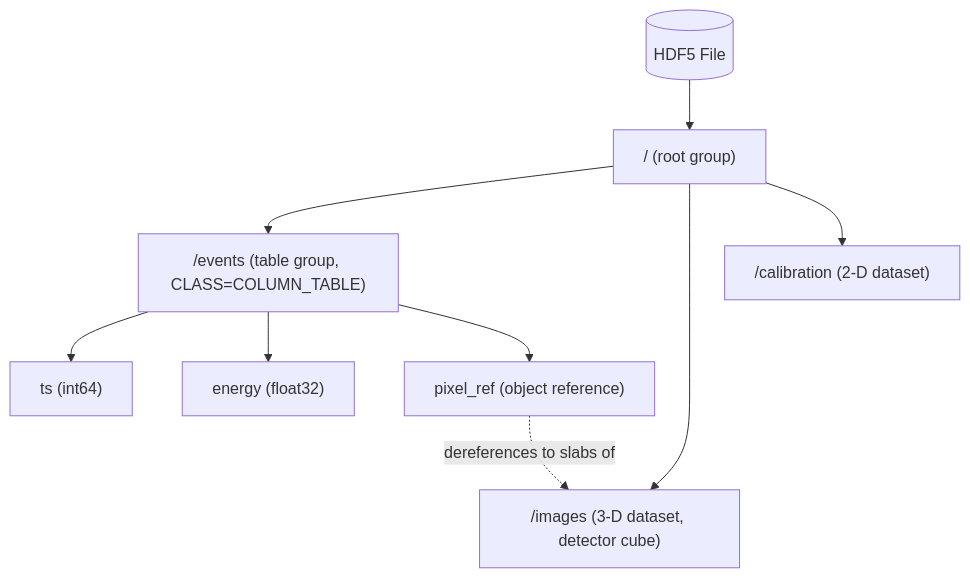
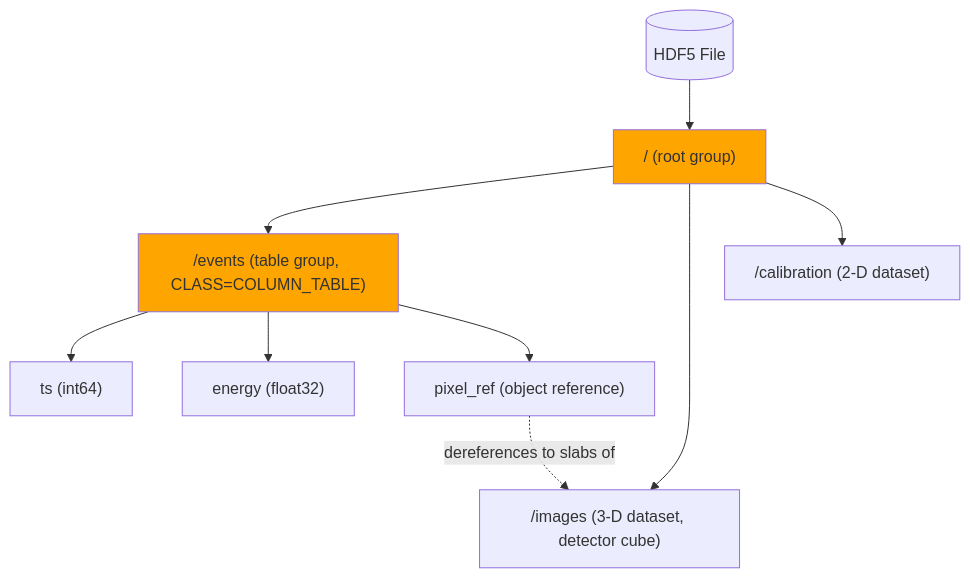
Before and after one commit to HDFAlliance/heps: the first of 7 diagrams in HEP001/index.md, drawn with Mermaid. The commit also changed other lines of this file, not shown here.

````diff
--- a/HEP001/index.md
+++ b/HEP001/index.md
@@ -162,12 +163,14 @@
 ```{mermaid}
 graph TD
   F[("HDF5 File")]
   F --> R["/ (root group)"]
+  style R fill:orange
   R --> T["/events (table group, CLASS=COLUMN_TABLE)"]
+  style T fill:orange
   R --> I["/images (3-D dataset, detector cube)"]
   R --> C["/calibration (2-D dataset)"]
   T --> c1["ts (int64)"]
   T --> c2["energy (float32)"]
   T --> c3["pixel_ref (object reference)"]
   c3 -. "dereferences to slabs of" .-> I
 ```
````
